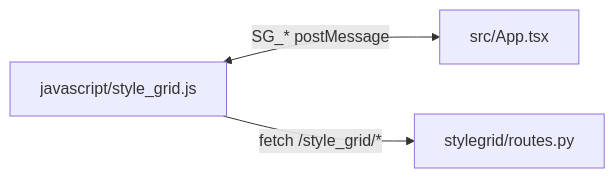
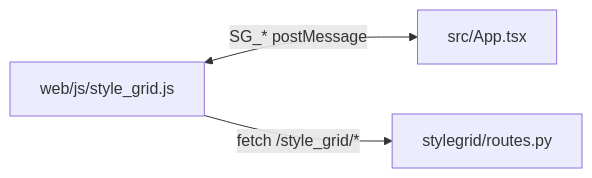
Before and after one commit to KazeKaze93/sd-comfyui-style-organizer: the diagram in ui/README.md, drawn with Mermaid. The commit also changed other lines of this file and 1 other file, not shown here.

Commit message:
Document ComfyUI Style Grid toolbar and UI build path.

````diff
--- a/ui/README.md
+++ b/ui/README.md
@@ -27,5 +27,5 @@
 ```mermaid
 flowchart LR
-  H[javascript/style_grid.js] <-->|SG_* postMessage| UI[src/App.tsx]
+  H[web/js/style_grid.js] <-->|SG_* postMessage| UI[src/App.tsx]
   H -->|fetch /style_grid/*| API[stylegrid/routes.py]
 ```
````
